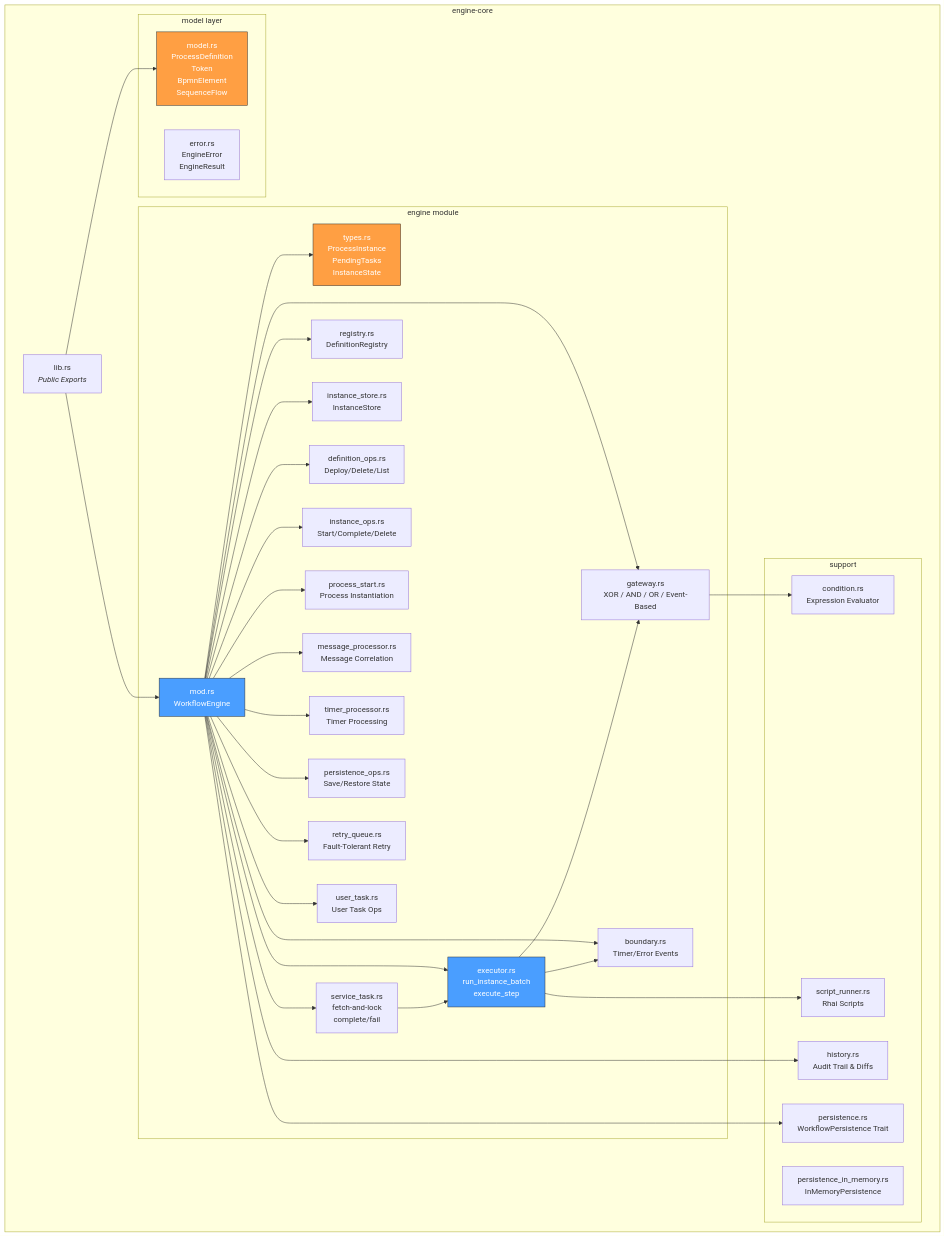
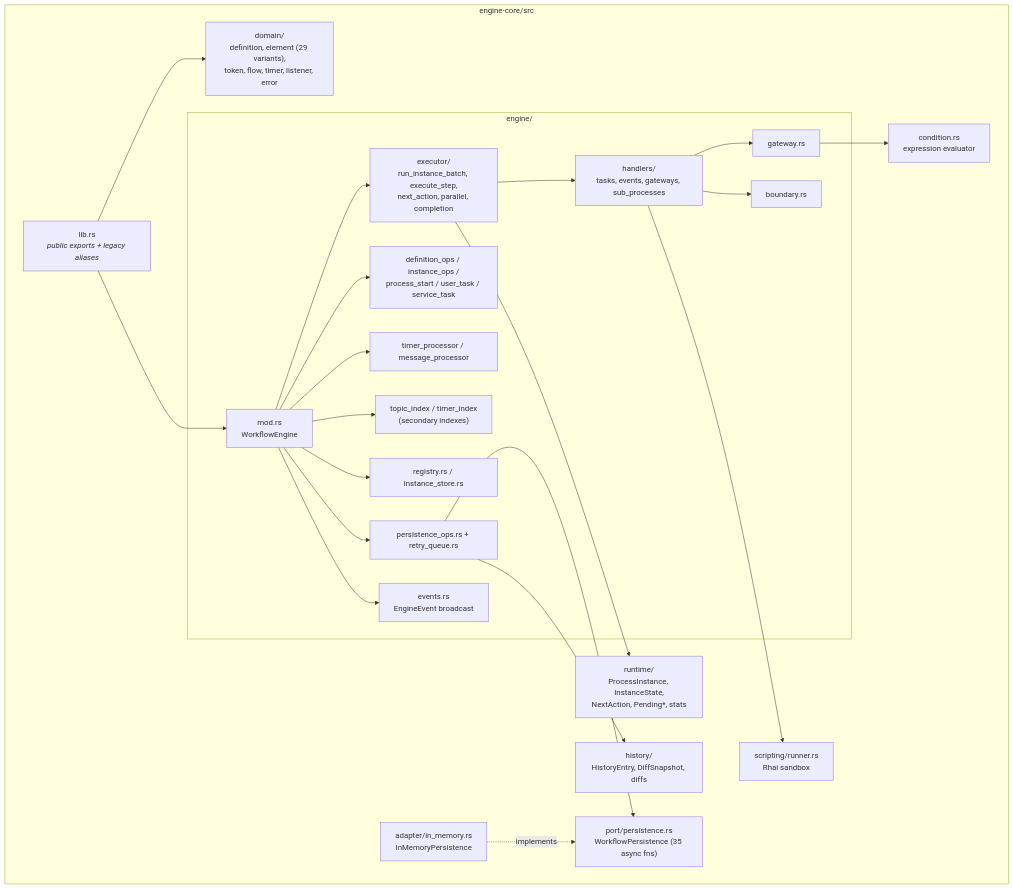
One commit to maatini/bpmninja changed the second of 8 diagrams in docs/architecture.md. Above: the diagram before and after it, drawn with Mermaid. The commit also changed other lines of this file and 25 other files, not shown here.

````diff
--- a/docs/architecture.md
+++ b/docs/architecture.md
@@ -56,68 +58,46 @@
 ```mermaid
 graph TB
-    subgraph "engine-core"
-        LIB["lib.rs<br/><i>Public Exports</i>"]
-        
-        subgraph "model layer"
-            MODEL["model.rs<br/>ProcessDefinition<br/>Token<br/>BpmnElement<br/>SequenceFlow"]
-            ERROR["error.rs<br/>EngineError<br/>EngineResult"]
-        end
-        
-        subgraph "engine module"
+    subgraph "engine-core/src"
+        LIB["lib.rs<br/><i>public exports + legacy aliases</i>"]
+        DOMAIN["domain/<br/>definition, element (29 variants),<br/>token, flow, timer, listener, error"]
+        RUNTIME["runtime/<br/>ProcessInstance, InstanceState,<br/>NextAction, Pending*, stats"]
+        PORT["port/persistence.rs<br/>WorkflowPersistence (35 async fns)"]
+        ADAPTER["adapter/in_memory.rs<br/>InMemoryPersistence"]
+        HIST["history/<br/>HistoryEntry, DiffSnapshot, diffs"]
+        SCRIPT["scripting/runner.rs<br/>Rhai sandbox"]
+        COND["condition.rs<br/>expression evaluator"]
+
+        subgraph "engine/"
             MOD["mod.rs<br/>WorkflowEngine"]
-            TYPES["types.rs<br/>ProcessInstance<br/>PendingTasks<br/>InstanceState"]
-            EXEC["executor.rs<br/>run_instance_batch<br/>execute_step"]
-            GW["gateway.rs<br/>XOR / AND / OR / Event-Based"]
-            SVC["service_task.rs<br/>fetch-and-lock<br/>complete/fail"]
-            BOUND["boundary.rs<br/>Timer/Error Events"]
-            REG["registry.rs<br/>DefinitionRegistry"]
-            STORE["instance_store.rs<br/>InstanceStore"]
-            DEFOPS["definition_ops.rs<br/>Deploy/Delete/List"]
-            INSTOPS["instance_ops.rs<br/>Start/Complete/Delete"]
-            PROCSTART["process_start.rs<br/>Process Instantiation"]
-            MSGPROC["message_processor.rs<br/>Message Correlation"]
-            TIMERPROC["timer_processor.rs<br/>Timer Processing"]
-            PERSISTOPS["persistence_ops.rs<br/>Save/Restore State"]
-            RETRY["retry_queue.rs<br/>Fault-Tolerant Retry"]
-            USERTASK["user_task.rs<br/>User Task Ops"]
-        end
-        
-        subgraph "support"
-            COND["condition.rs<br/>Expression Evaluator"]
-            SCRIPT["script_runner.rs<br/>Rhai Scripts"]
-            HIST["history.rs<br/>Audit Trail & Diffs"]
-            PERSIST["persistence.rs<br/>WorkflowPersistence Trait"]
-            INMEM["persistence_in_memory.rs<br/>InMemoryPersistence"]
+            EXEC["executor/<br/>run_instance_batch, execute_step,<br/>next_action, parallel, completion"]
+            HANDLERS["handlers/<br/>tasks, events, gateways, sub_processes"]
+            GW["gateway.rs"]
+            BOUND["boundary.rs"]
+            OPS["definition_ops / instance_ops /<br/>process_start / user_task / service_task"]
+            PROC["timer_processor / message_processor"]
+            IDX["topic_index / timer_index<br/>(secondary indexes)"]
+            STORE["registry.rs / instance_store.rs"]
+            PERSIST["persistence_ops.rs + retry_queue.rs"]
+            EVT["events.rs<br/>EngineEvent broadcast"]
         end
     end
-    
-    LIB --> MODEL
+
+    LIB --> DOMAIN
     LIB --> MOD
-    MOD --> TYPES
     MOD --> EXEC
-    MOD --> GW
-    MOD --> SVC
-    MOD --> BOUND
-    MOD --> REG
+    EXEC --> HANDLERS
+    HANDLERS --> GW
+    HANDLERS --> BOUND
+    HANDLERS --> SCRIPT
+    GW --> COND
+    MOD --> OPS
+    MOD --> PROC
+    MOD --> IDX
     MOD --> STORE
-    MOD --> DEFOPS
-    MOD --> INSTOPS
-    MOD --> PROCSTART
-    MOD --> MSGPROC
-    MOD --> TIMERPROC
-    MOD --> PERSISTOPS
-    MOD --> RETRY
-    MOD --> USERTASK
-    EXEC --> GW
-    EXEC --> BOUND
-    EXEC --> SCRIPT
-    GW --> COND
-    SVC --> EXEC
-    MOD --> HIST
     MOD --> PERSIST
-
-    style MOD fill:#4a9eff,stroke:#333,color:#fff
-    style EXEC fill:#4a9eff,stroke:#333,color:#fff
-    style MODEL fill:#ff9f43,stroke:#333,color:#fff
-    style TYPES fill:#ff9f43,stroke:#333,color:#fff
+    MOD --> EVT
+    PERSIST --> PORT
+    PERSIST --> HIST
+    ADAPTER -. implements .-> PORT
+    EXEC --> RUNTIME
 ```
````
